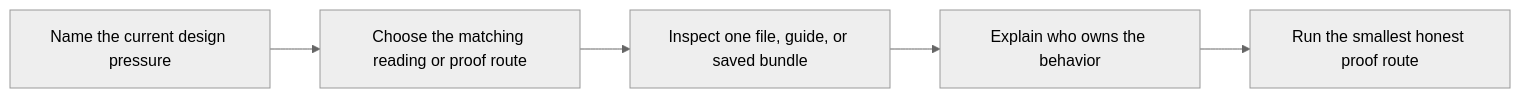
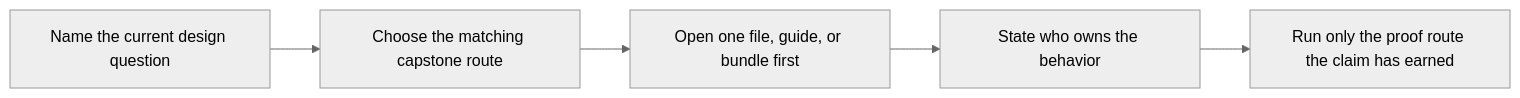
One commit to bijux/bijux-masterclass changed the second of 2 diagrams in programs/python-programming/python-object-oriented-programming/course-book/capstone/index.md. Above: the diagram before and after it, drawn with Mermaid (neutral theme). The commit also changed other lines of this file, not shown here.

Commit message:
docs(oop): make the capstone home a real entry route

````diff
--- a/programs/python-programming/python-object-oriented-programming/course-book/capstone/index.md
+++ b/programs/python-programming/python-object-oriented-programming/course-book/capstone/index.md
@@ -19,7 +19,7 @@
 ```mermaid
 flowchart LR
-  orient["Name the current design pressure"] --> route["Choose the matching reading or proof route"]
-  route --> inspect["Inspect one file, guide, or saved bundle"]
-  inspect --> explain["Explain who owns the behavior"]
-  explain --> prove["Run the smallest honest proof route"]
+  question["Name the current design question"] --> route["Choose the matching capstone route"]
+  route --> surface["Open one file, guide, or bundle first"]
+  surface --> owner["State who owns the behavior"]
+  owner --> proof["Run only the proof route the claim has earned"]
 ```
````
